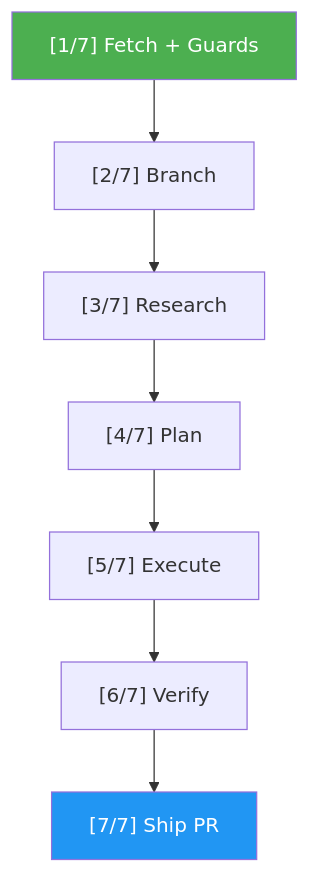
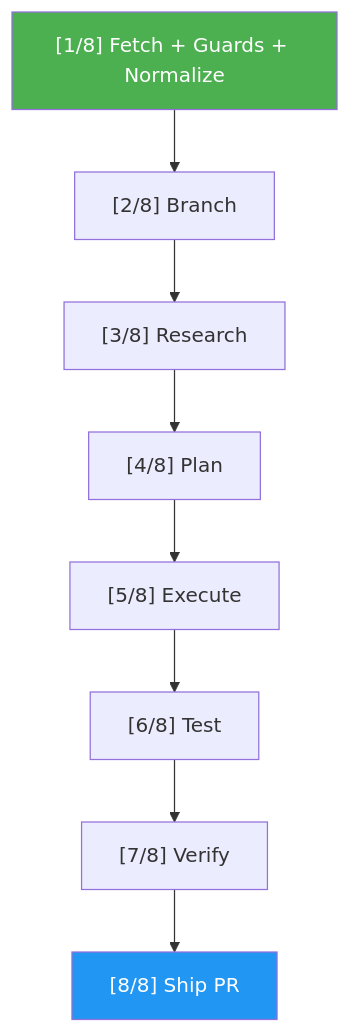
The diagram in skills/issue-resolver/README.md (luongnv89/idd), drawn with Mermaid before and after one commit. The commit also changed other lines of this file and 5 other files, not shown here.

````diff
--- a/skills/issue-resolver/README.md
+++ b/skills/issue-resolver/README.md
@@ -24,11 +26,12 @@
 ```mermaid
 graph TD
-    A["[1/7] Fetch + Guards"] --> B["[2/7] Branch"]
-    B --> C["[3/7] Research"]
-    C --> D["[4/7] Plan"]
-    D --> E["[5/7] Execute"]
-    E --> F["[6/7] Verify"]
-    F --> G["[7/7] Ship PR"]
+    A["[1/8] Fetch + Guards + Normalize"] --> B["[2/8] Branch"]
+    B --> C["[3/8] Research"]
+    C --> D["[4/8] Plan"]
+    D --> E["[5/8] Execute"]
+    E --> F["[6/8] Test"]
+    F --> G["[7/8] Verify"]
+    G --> H["[8/8] Ship PR"]
     style A fill:#4CAF50,color:#fff
-    style G fill:#2196F3,color:#fff
+    style H fill:#2196F3,color:#fff
 ```
````
